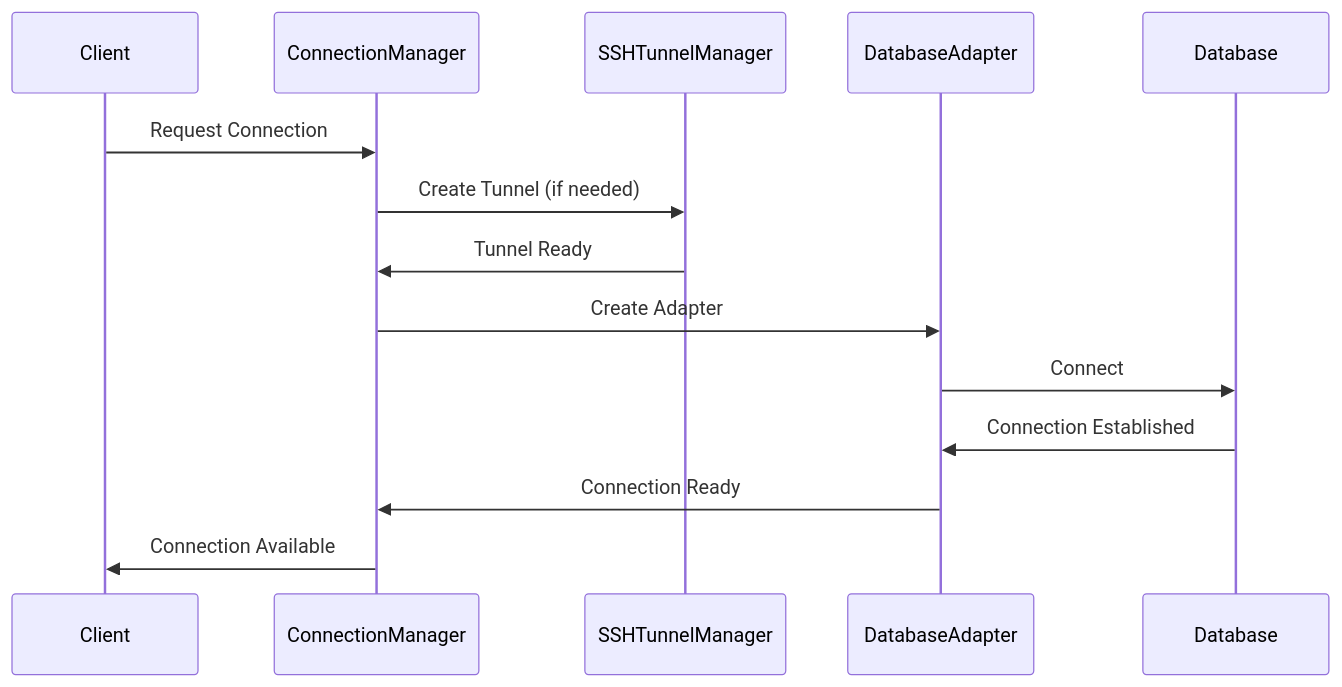
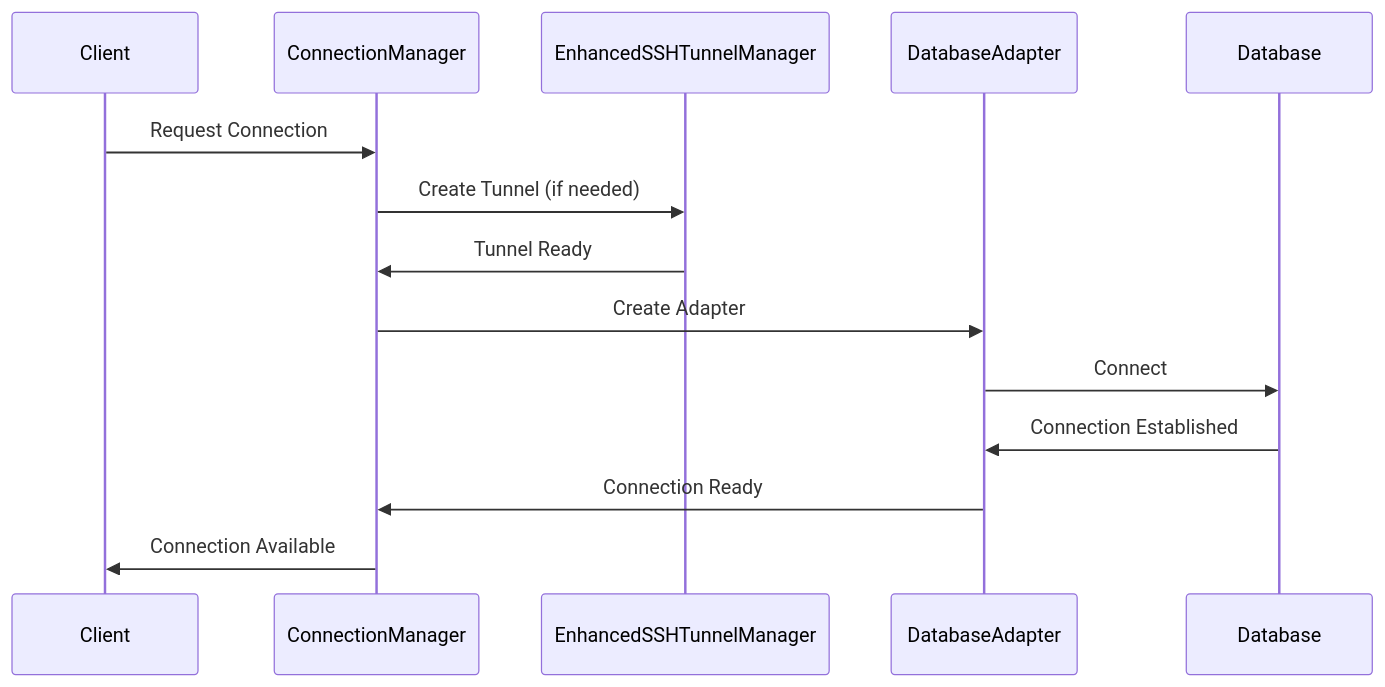
One commit to AraneaDev/sql-access changed the fourth of 6 diagrams in docs/architecture/system-architecture.md. Above: the diagram before and after it, drawn with Mermaid. The commit also changed other lines of this file and 3 other files, not shown here.

````diff
--- a/docs/architecture/system-architecture.md
+++ b/docs/architecture/system-architecture.md
@@ -182,17 +182,17 @@
 ```mermaid
 sequenceDiagram
  participant C as Client
  participant CM as ConnectionManager
- participant SSH as SSHTunnelManager
+ participant SSH as EnhancedSSHTunnelManager
  participant A as DatabaseAdapter
  participant DB as Database
  
  C->>CM: Request Connection
  CM->>SSH: Create Tunnel (if needed)
  SSH->>CM: Tunnel Ready
  CM->>A: Create Adapter
  A->>DB: Connect
  DB->>A: Connection Established
  A->>CM: Connection Ready
  CM->>C: Connection Available
 ```
````
